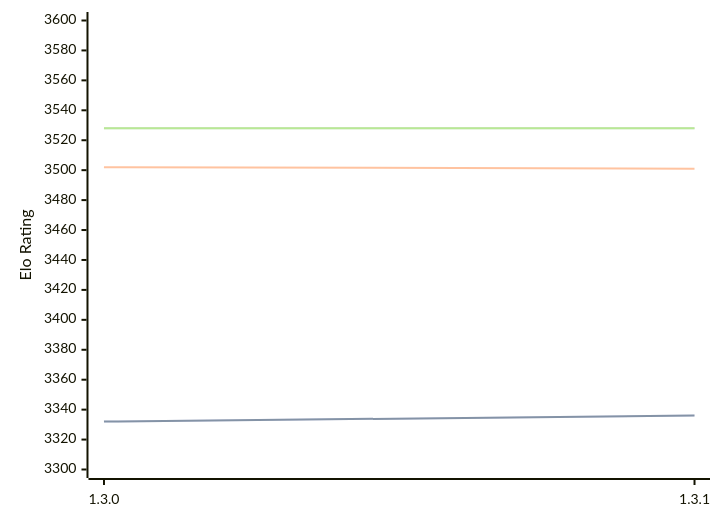
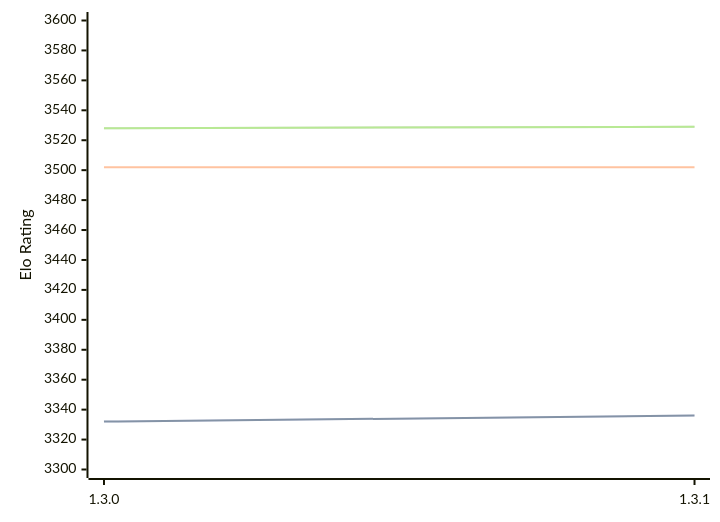
Before and after one commit to computer-chess-index/cci: the diagram in engines/Renegade.md, drawn with Mermaid. The commit also changed other lines of this file, not shown here.

Commit message:
Update CCI Ratings (ELO VLTC) - 2026-08-17

````diff
--- a/engines/Renegade.md
+++ b/engines/Renegade.md
@@ -33,11 +33,11 @@
 ```mermaid
 %%{init: {"theme":"base","themeVariables":{"seriesColors:['#a3a3a3','#222221','#faa371']}}}%%
 xychart-beta
   x-axis ["1.3.0", "1.3.1"]
   y-axis "Elo Rating" 3300 --> 3600
   line "STC (8.0+0.08s)" [3332, 3336]
   line "STC (8.0+0.08s)" [3332, 3336]
-  line "LTC (60.0+0.60s)" [3502, 3501]
-  line "VLTC (2m24s+1.12s)" [3528, 3528]
-  line "VLTC (2m24s+1.12s)" [3528, 3528]
+  line "LTC (60.0+0.60s)" [3502, 3502]
+  line "VLTC (2m24s+1.12s)" [3528, 3529]
+  line "VLTC (2m24s+1.12s)" [3528, 3529]
 ```
````
